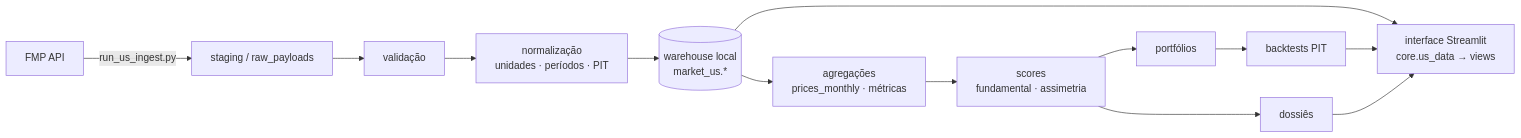
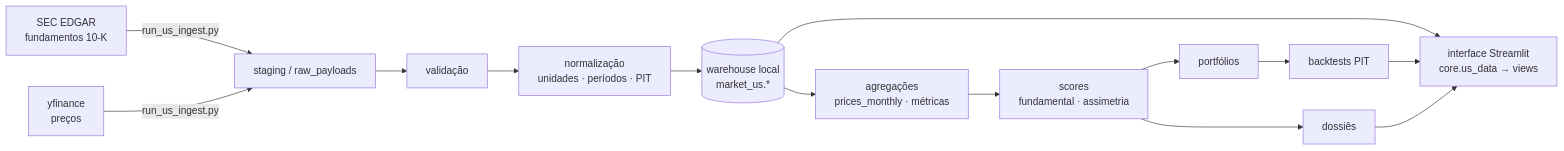
Before and after one commit to Tiago84Barros/Dashboard-Financeiro-Unificado: the diagram in docs/empresas_americanas.md, drawn with Mermaid. The commit also changed other lines of this file and 11 other files, not shown here.

````diff
--- a/docs/empresas_americanas.md
+++ b/docs/empresas_americanas.md
@@ -82,15 +103,16 @@
 ```mermaid
 flowchart LR
-    FMP[FMP API] -->|run_us_ingest.py| STG[staging / raw_payloads]
+    EDGAR[SEC EDGAR<br/>fundamentos 10-K] -->|run_us_ingest.py| STG[staging / raw_payloads]
+    YF[yfinance<br/>preços] -->|run_us_ingest.py| STG
     STG --> VAL[validação]
     VAL --> NRM[normalização<br/>unidades · períodos · PIT]
     NRM --> WH[(warehouse local<br/>market_us.*)]
     WH --> AGG[agregações<br/>prices_monthly · métricas]
     AGG --> SCORE[scores<br/>fundamental · assimetria]
     SCORE --> DOS[dossiês]
     SCORE --> PORT[portfólios]
     PORT --> BT[backtests PIT]
     WH --> UI[interface Streamlit<br/>core.us_data → views]
     BT --> UI
     DOS --> UI
 ```
````
